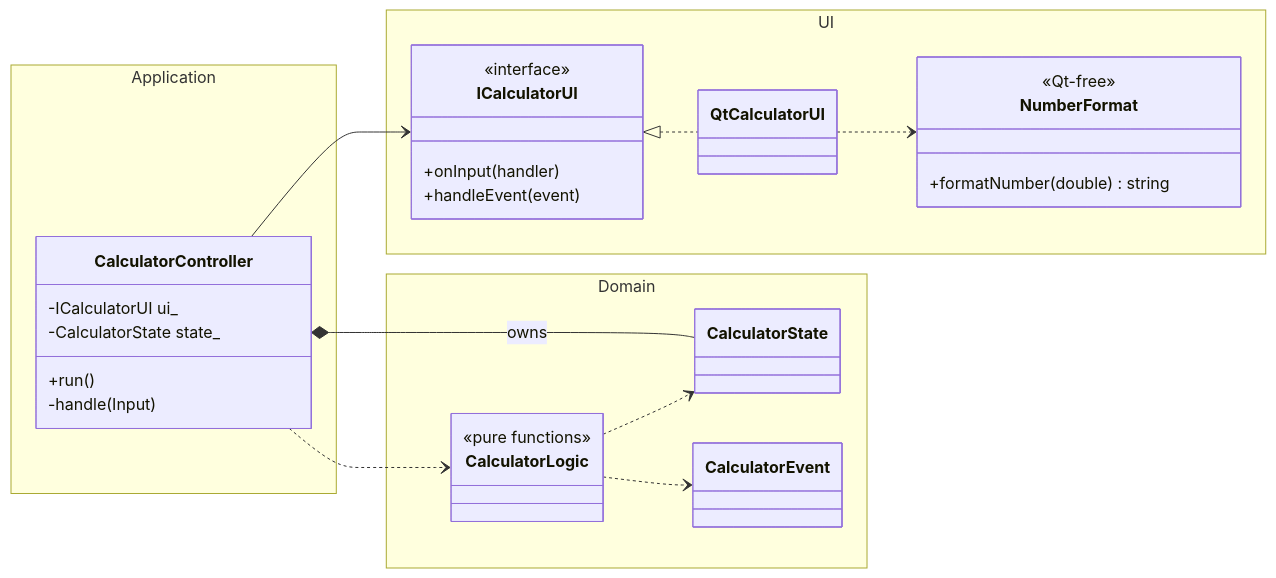
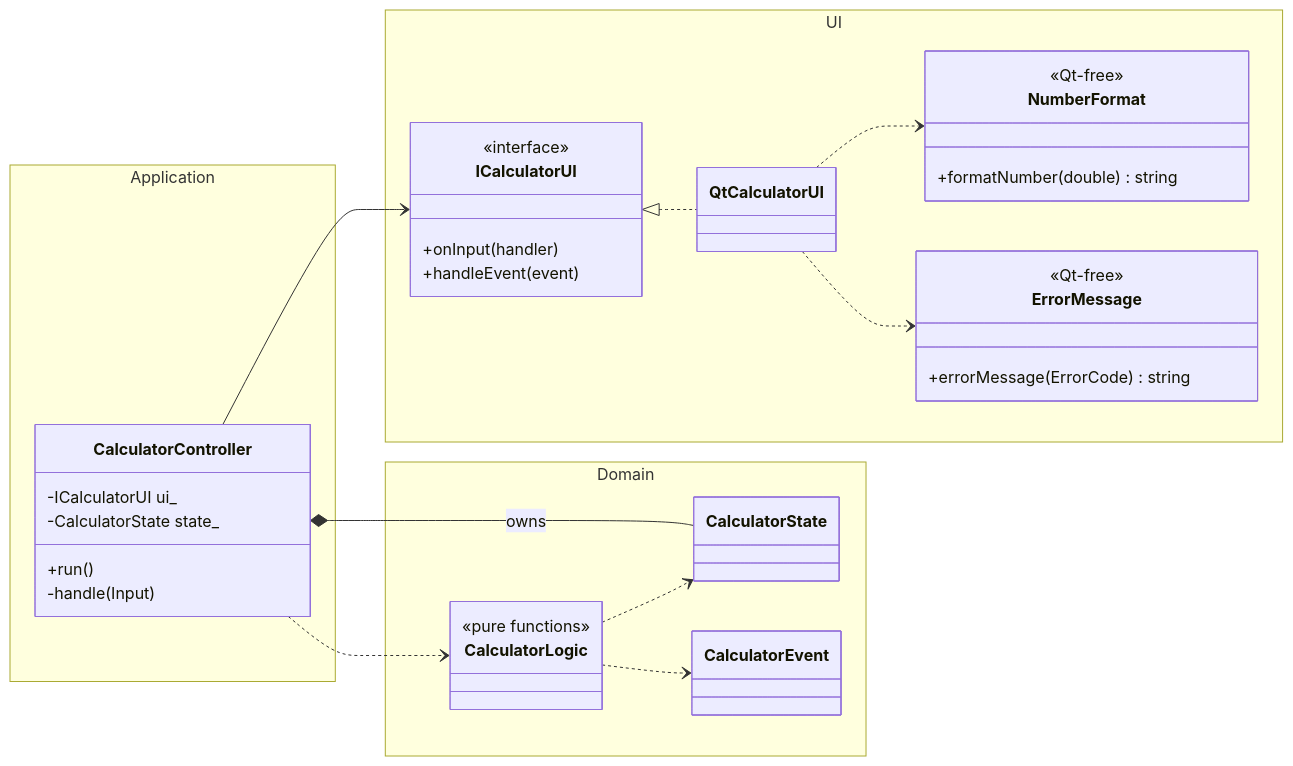
Before and after one commit to KoichiKurita/CPPlang-Calculator: the first of 3 diagrams in README.md, drawn with Mermaid. The commit also changed other lines of this file and 13 other files, not shown here.

Commit message:
refactor: 状態を型安全に再設計し、エラーを ErrorCode 化して表示欄に表示

````diff
--- a/README.md
+++ b/README.md
@@ -45,38 +45,43 @@
 ```mermaid
 classDiagram
     direction LR
     namespace UI {
         class ICalculatorUI {
             <<interface>>
             +onInput(handler)
             +handleEvent(event)
         }
         class QtCalculatorUI
         class NumberFormat {
             <<Qt-free>>
             +formatNumber(double) string
+        }
+        class ErrorMessage {
+            <<Qt-free>>
+            +errorMessage(ErrorCode) string
         }
     }
     namespace Application {
         class CalculatorController {
             -ICalculatorUI ui_
             -CalculatorState state_
             +run()
             -handle(Input)
         }
     }
     namespace Domain {
         class CalculatorLogic {
             <<pure functions>>
         }
         class CalculatorState
         class CalculatorEvent
     }
     ICalculatorUI <|.. QtCalculatorUI
     QtCalculatorUI ..> NumberFormat
+    QtCalculatorUI ..> ErrorMessage
     CalculatorController --> ICalculatorUI
     CalculatorController *-- CalculatorState : owns
     CalculatorController ..> CalculatorLogic
     CalculatorLogic ..> CalculatorState
     CalculatorLogic ..> CalculatorEvent
 ```
````
